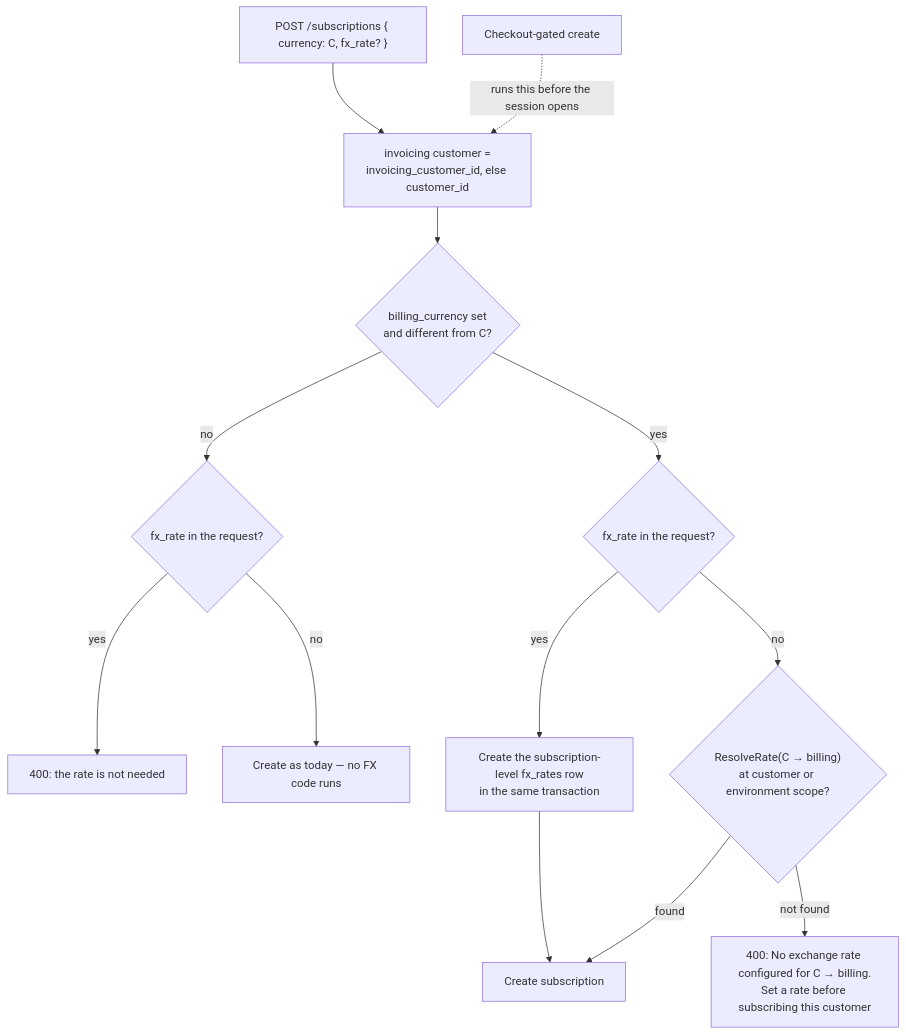
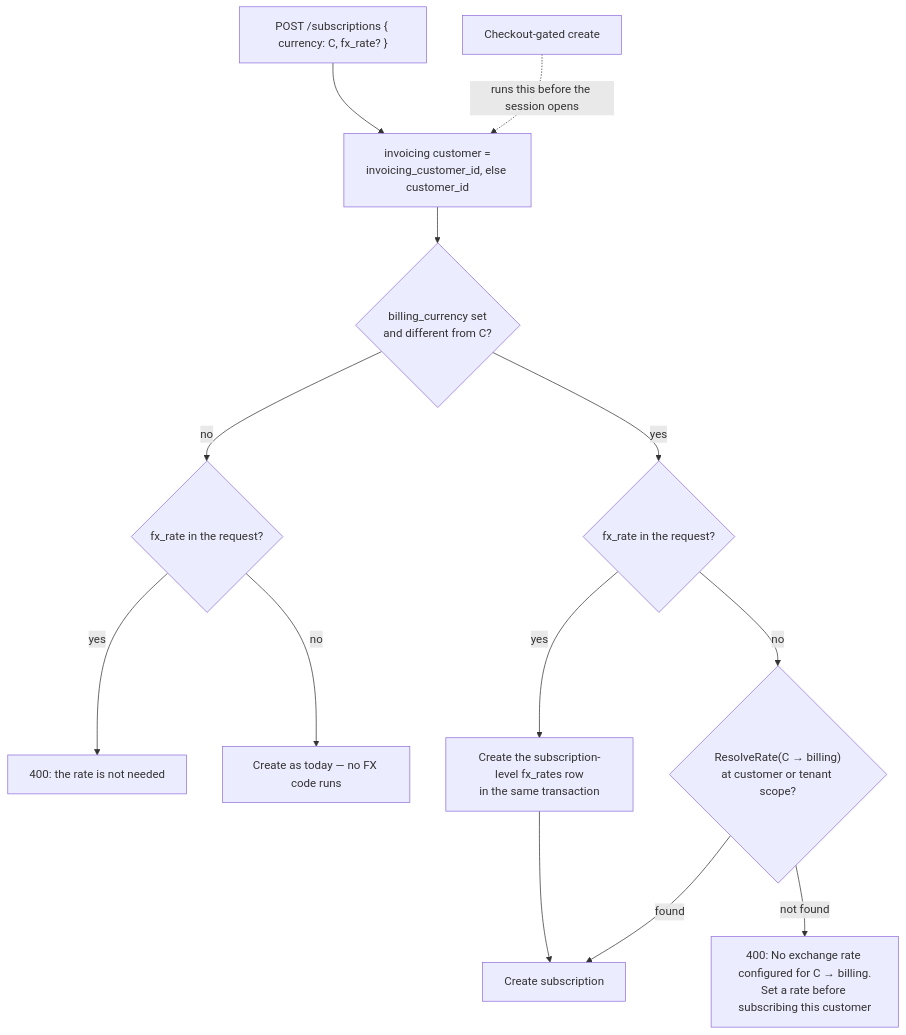
Before and after one commit to aghijap/flexprice-FLE-1411: the seventh of 8 diagrams in docs/design/2026-09-26-FLE-1383-adaptive-multi-currency-erd.md, drawn with Mermaid. The commit also changed other lines of this file, not shown here.

Commit message:
docs(FLE-1383): author edits — tenant scope, rate validity windows, line original amounts, wallets unchanged

````diff
--- a/docs/design/2026-09-26-FLE-1383-adaptive-multi-currency-erd.md
+++ b/docs/design/2026-09-26-FLE-1383-adaptive-multi-currency-erd.md
@@ -939,14 +607,14 @@
 ```mermaid
 flowchart TD
     A["POST /subscriptions { currency: C, fx_rate? }"] --> IC["invoicing customer =<br/>invoicing_customer_id, else customer_id"]
     IC --> B{"billing_currency set<br/>and different from C?"}
     B -- no --> FX{"fx_rate in the request?"}
     FX -- yes --> RJ0["400: the rate is not needed"]
     FX -- no --> CREATE["Create as today — no FX code runs"]
     B -- yes --> INL{"fx_rate in the request?"}
     INL -- yes --> ROW["Create the subscription-level fx_rates row<br/>in the same transaction"] --> CREATE2["Create subscription"]
-    INL -- no --> RES{"ResolveRate(C → billing)<br/>at customer or environment scope?"}
+    INL -- no --> RES{"ResolveRate(C → billing)<br/>at customer or tenant scope?"}
     RES -- found --> CREATE2
     RES -- "not found" --> RJ["400: No exchange rate configured for C → billing.<br/>Set a rate before subscribing this customer"]
     CK["Checkout-gated create"] -. "runs this before the session opens" .-> IC
 ```
````
